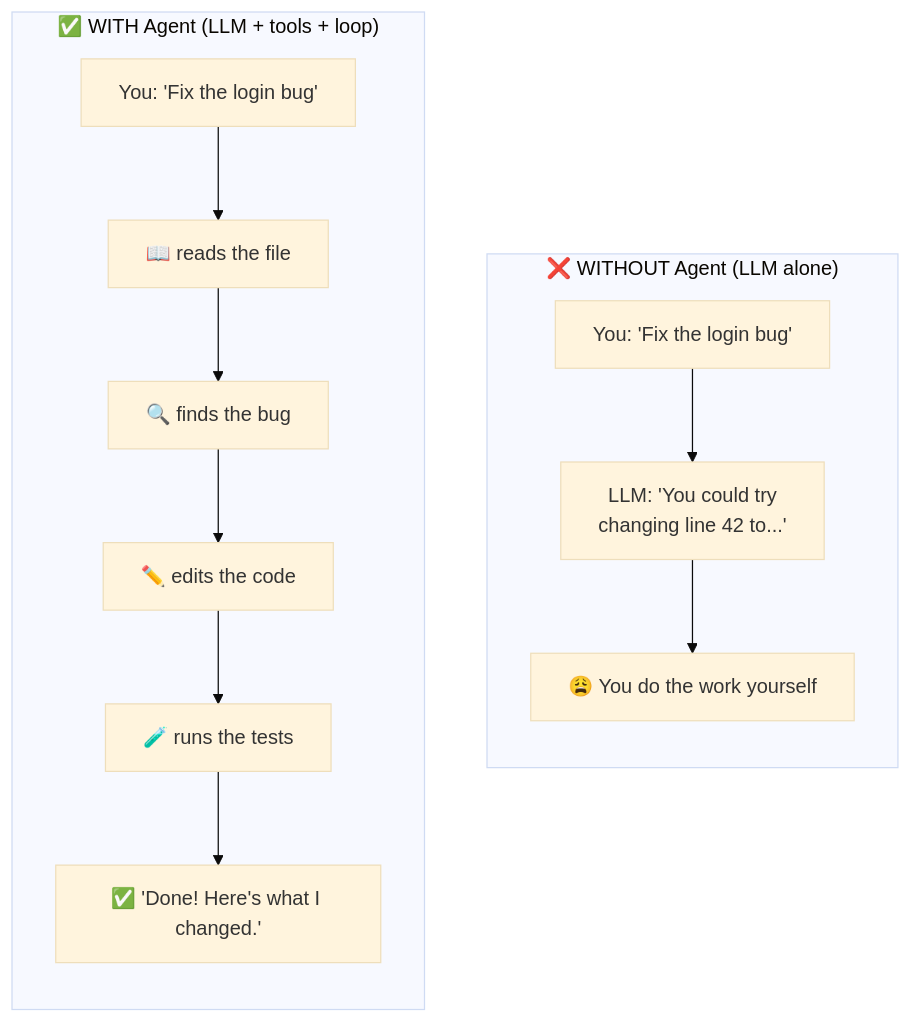
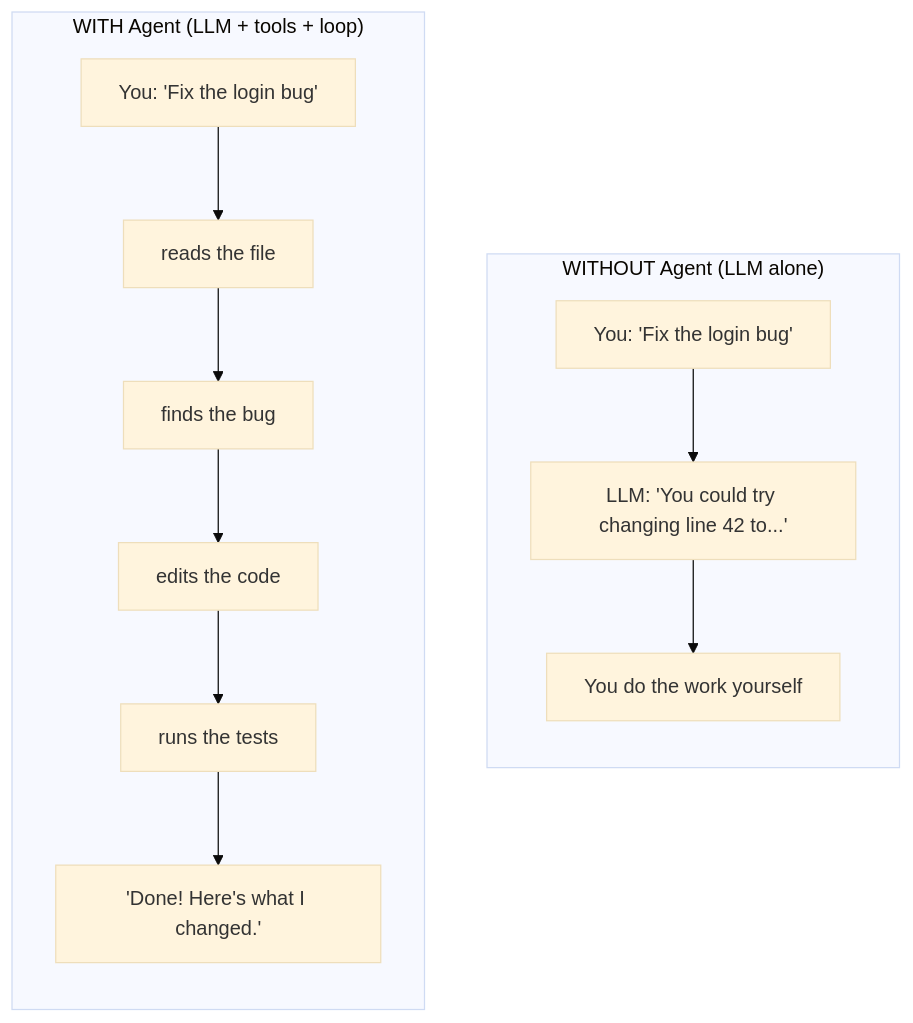
Before and after one commit to 2kages/agent-learning: the third of 8 diagrams in README.md, drawn with Mermaid (base theme). The commit also changed other lines of this file and 2 other files, not shown here.

````diff
--- a/README.md
+++ b/README.md
@@ -51,22 +82,21 @@
 ```mermaid
 flowchart TD
-    subgraph WITHOUT["❌ WITHOUT Agent (LLM alone)"]
+    subgraph WITHOUT["WITHOUT Agent (LLM alone)"]
         direction TB
         W1["You: 'Fix the login bug'"]
-        W2["LLM: 'You could try<br/>changing line 42 to...'"]
-        W3["😩 You do the work yourself"]
+        W2["LLM: 'You could try changing line 42 to...'"]
+        W3["You do the work yourself"]
         W1 --> W2 --> W3
     end
 
-    subgraph WITH["✅ WITH Agent (LLM + tools + loop)"]
+    subgraph WITH["WITH Agent (LLM + tools + loop)"]
         direction TB
         A1["You: 'Fix the login bug'"]
-        A2["📖 reads the file"]
-        A3["🔍 finds the bug"]
-        A4["✏️ edits the code"]
-        A5["🧪 runs the tests"]
-        A6["✅ 'Done! Here's what I changed.'"]
+        A2["reads the file"]
+        A3["finds the bug"]
+        A4["edits the code"]
+        A5["runs the tests"]
+        A6["'Done! Here's what I changed.'"]
         A1 --> A2 --> A3 --> A4 --> A5 --> A6
     end
-
 ```
````
